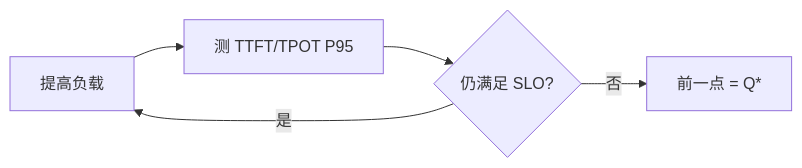
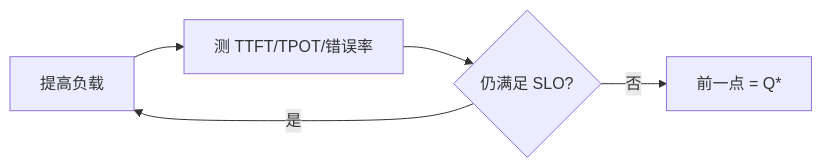
Before and after one commit to tqm6666/AIInfraGuide: the diagram in docs/guides/模块四-推理优化/第10章-生产部署与运维/10.4-容量规划.md, drawn with Mermaid. The commit also changed other lines of this file and 4 other files, not shown here.

````diff
--- a/docs/guides/模块四-推理优化/第10章-生产部署与运维/10.4-容量规划.md
+++ b/docs/guides/模块四-推理优化/第10章-生产部署与运维/10.4-容量规划.md
@@ -55,7 +71,7 @@
 ```mermaid
 flowchart LR
-    A["提高负载"] --> B["测 TTFT/TPOT P95"]
+    A["提高负载"] --> B["测 TTFT/TPOT/错误率"]
     B --> C{"仍满足 SLO?"}
     C -->|是| A
     C -->|否| D["前一点 = Q*"]
 ```
````
